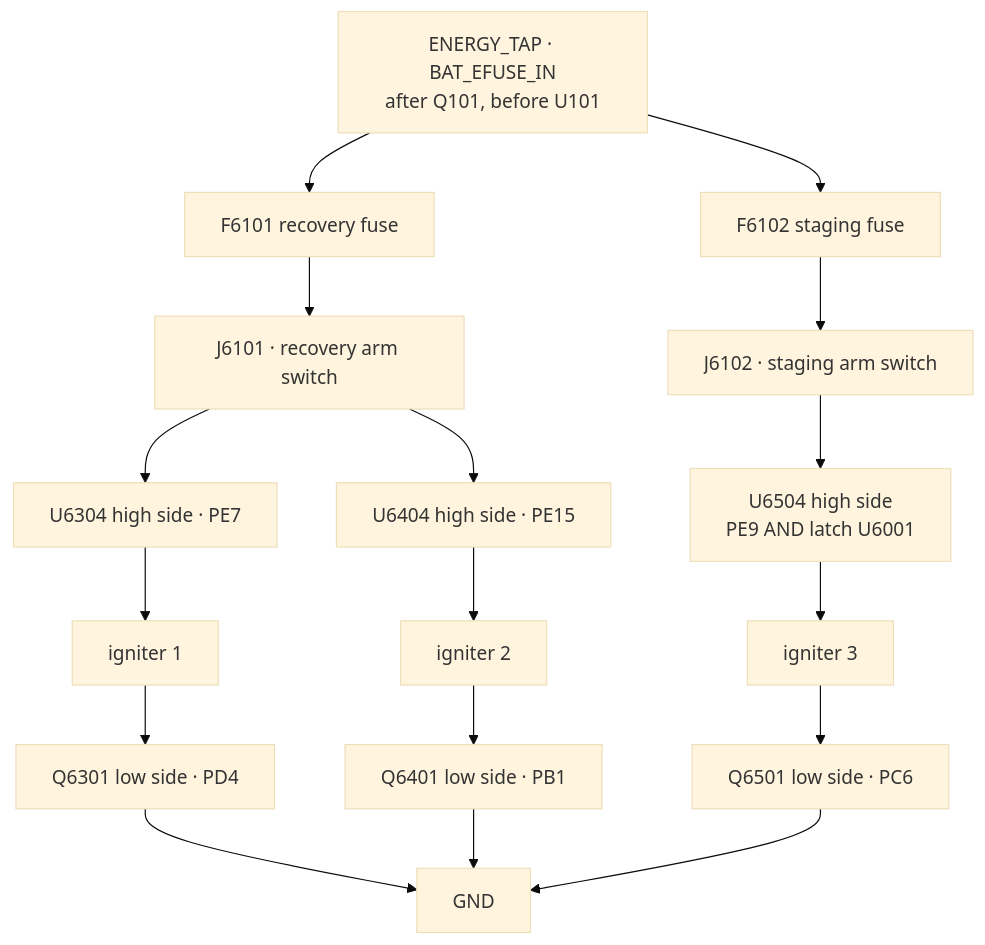
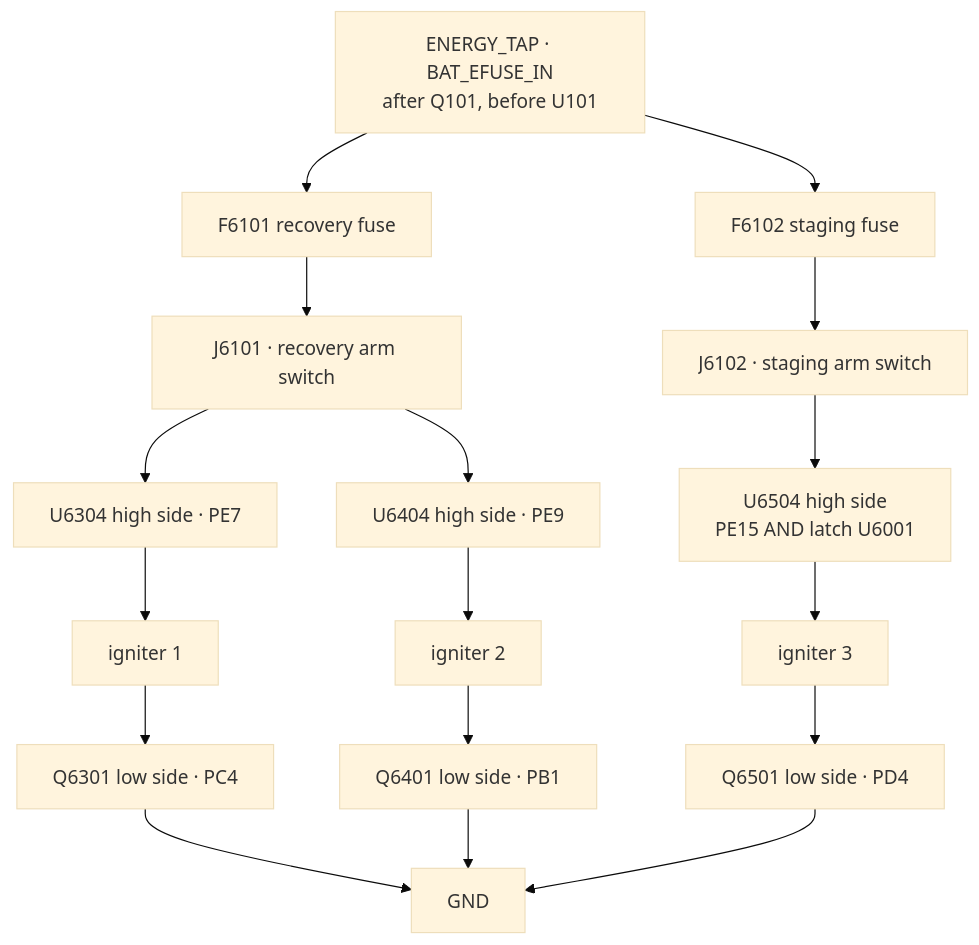
Before and after one commit to ULAS-HiPR/Ogma2: the first of 2 diagrams in docs/architecture/03-energetic-outputs.md, drawn with Mermaid (base theme). The commit also changed other lines of this file and 19 other files, not shown here.

````diff
--- a/docs/architecture/03-energetic-outputs.md
+++ b/docs/architecture/03-energetic-outputs.md
@@ -14,18 +14,18 @@
 ```mermaid
 flowchart TB
   TAP["ENERGY_TAP · BAT_EFUSE_IN
 after Q101, before U101"] --> F1["F6101 recovery fuse"]
   TAP --> F2["F6102 staging fuse"]
   F1 --> J1["J6101 · recovery arm switch"]
   F2 --> J2["J6102 · staging arm switch"]
   J1 --> H1["U6304 high side · PE7"]
-  J1 --> H2["U6404 high side · PE15"]
+  J1 --> H2["U6404 high side · PE9"]
   J2 --> H3["U6504 high side
-PE9 AND latch U6001"]
-  H1 --> I1["igniter 1"] --> L1["Q6301 low side · PD4"]
+PE15 AND latch U6001"]
+  H1 --> I1["igniter 1"] --> L1["Q6301 low side · PC4"]
   H2 --> I2["igniter 2"] --> L2["Q6401 low side · PB1"]
-  H3 --> I3["igniter 3"] --> L3["Q6501 low side · PC6"]
+  H3 --> I3["igniter 3"] --> L3["Q6501 low side · PD4"]
   L1 --> G["GND"]
   L2 --> G
   L3 --> G
 ```
````
